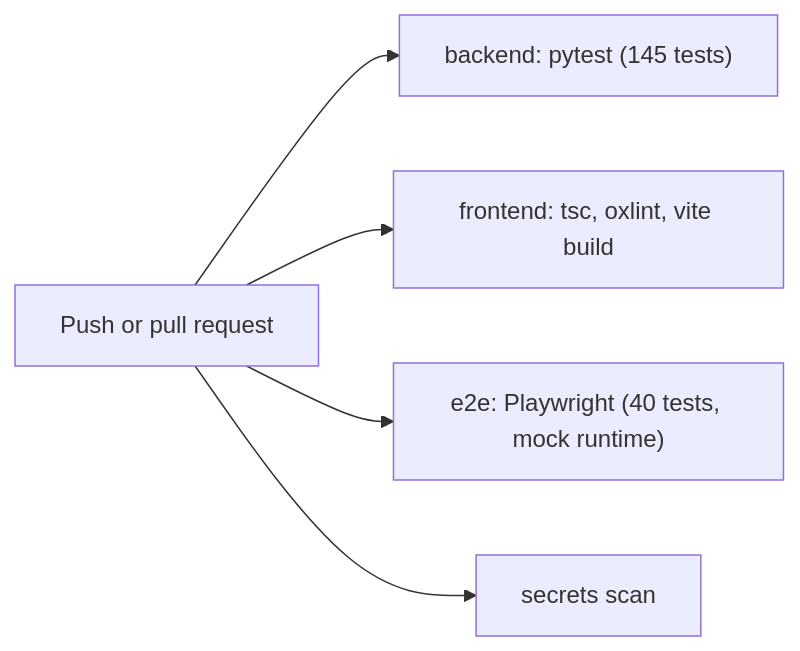
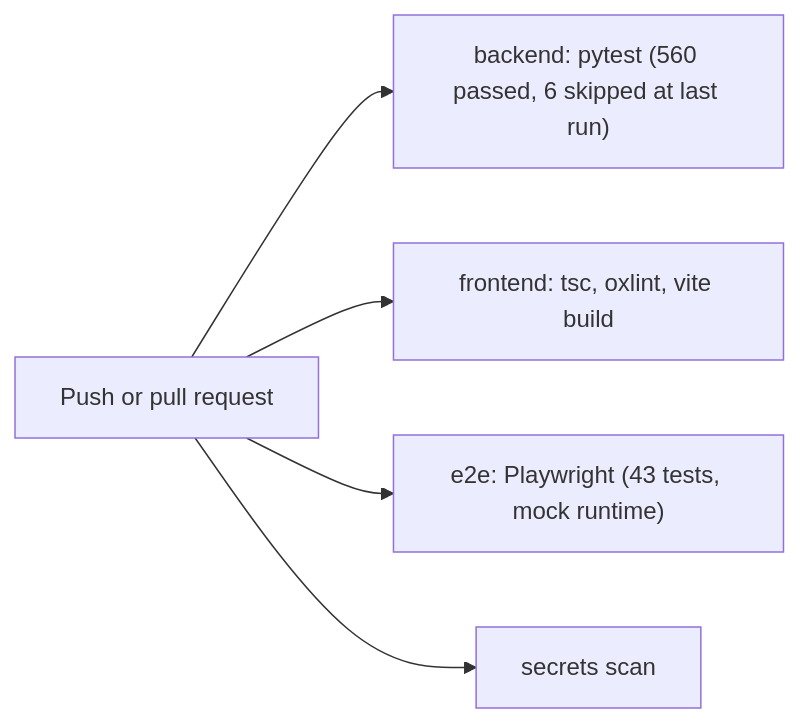
One commit to yossefbehairy/Loqman changed the fourth of 4 diagrams in README.md. Above: the diagram before and after it, drawn with Mermaid. The commit also changed other lines of this file and 245 other files, not shown here.

````diff
--- a/README.md
+++ b/README.md
@@ -188,7 +190,7 @@
 ```mermaid
 flowchart LR
-    Push["Push or pull request"] --> Backend["backend: pytest (145 tests)"]
+    Push["Push or pull request"] --> Backend["backend: pytest (560 passed, 6 skipped at last run)"]
     Push --> Frontend["frontend: tsc, oxlint, vite build"]
-    Push --> E2E["e2e: Playwright (40 tests, mock runtime)"]
+    Push --> E2E["e2e: Playwright (43 tests, mock runtime)"]
     Push --> Scan["secrets scan"]
 ```
````
